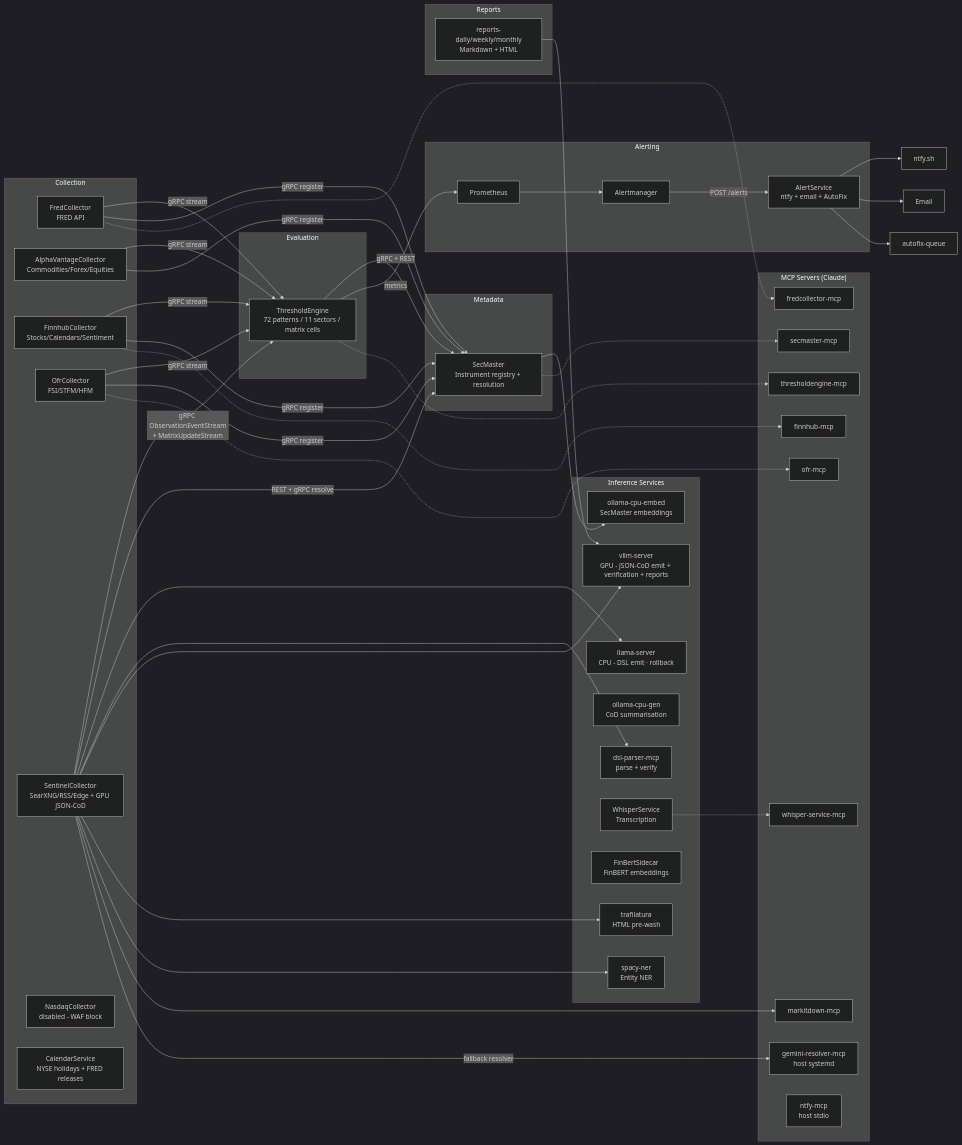
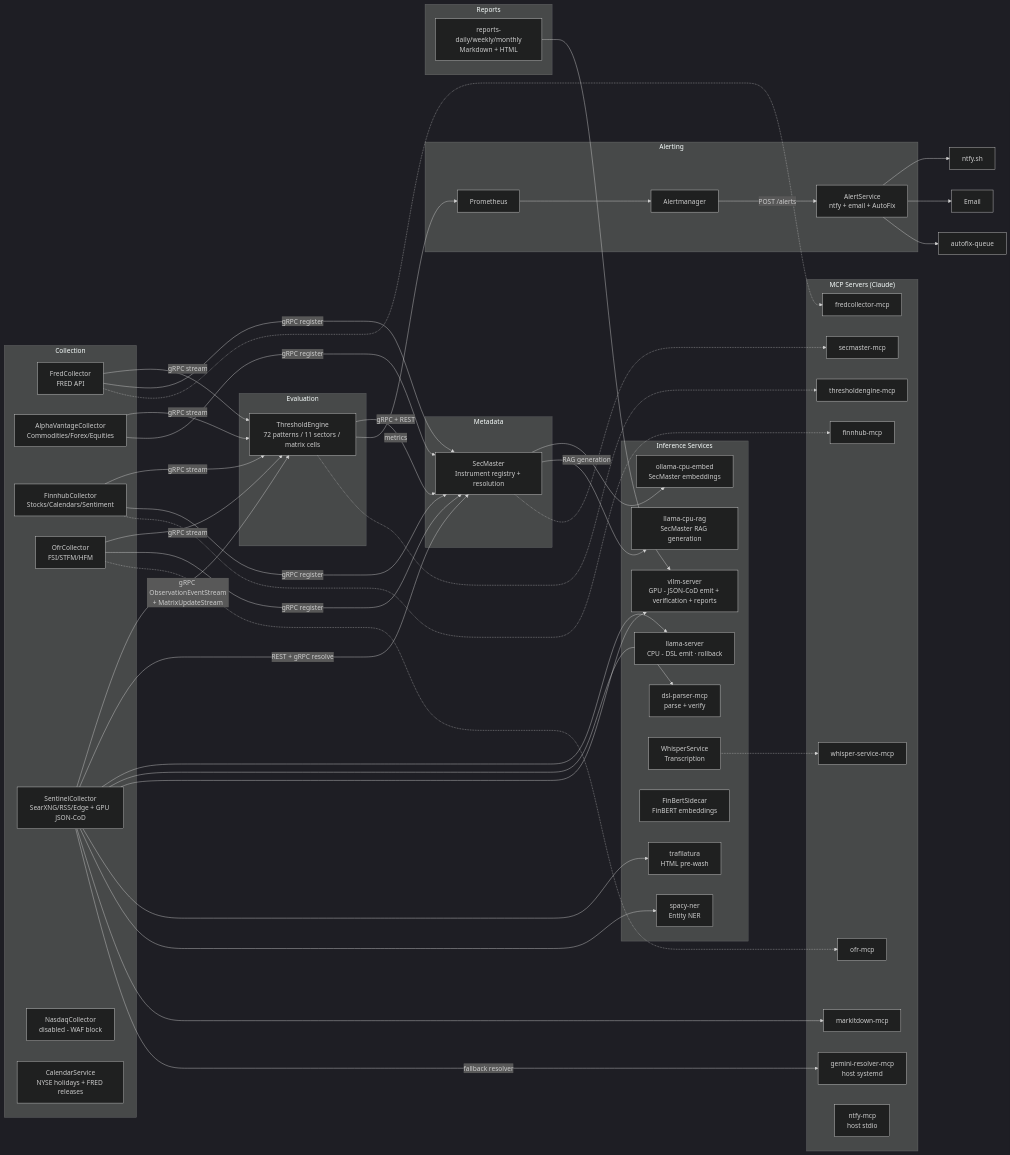
The first of 5 diagrams in docs/ARCHITECTURE.md (jpansarasa/ATLAS-Docs), drawn with Mermaid (dark theme) before and after one commit. The commit also changed other lines of this file and 4 other files, not shown here.

```diff
--- a/docs/ARCHITECTURE.md
+++ b/docs/ARCHITECTURE.md
@@ -34,7 +34,7 @@
         VLLM[vllm-server<br/>GPU - JSON-CoD emit + verification + reports]
         DSL[dsl-parser-mcp<br/>parse + verify]
         LS[llama-server<br/>CPU - DSL emit · rollback]
-        OG[ollama-cpu-gen<br/>CoD summarisation]
+        LCR[llama-cpu-rag<br/>SecMaster RAG generation]
         OE[ollama-cpu-embed<br/>SecMaster embeddings]
         WS[WhisperService<br/>Transcription]
         FB[FinBertSidecar<br/>FinBERT embeddings]
@@ -76,6 +76,7 @@
     SC --> MM
     SC -->|fallback resolver| GRM
     SM --> OE
+    SM -->|RAG generation| LCR
     TE -->|gRPC + REST| SM
     TE -->|metrics| PR
     PR --> AM
```
